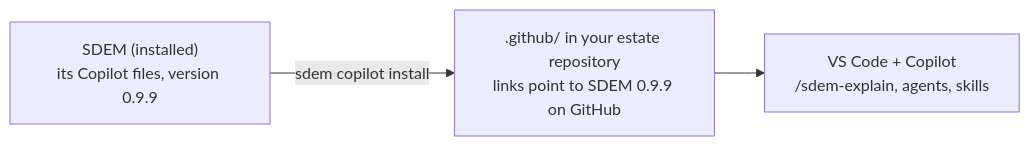
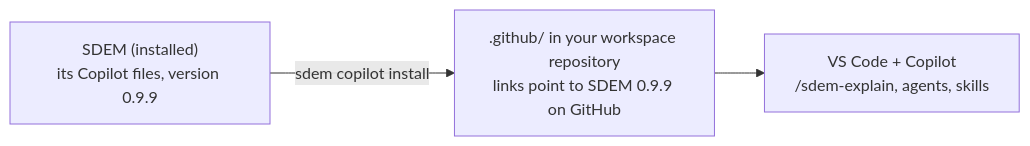
Before and after one commit to taumoeps/bian-sdem-framework: the diagram in docs/design/sdem-copilot-install-design.md, drawn with Mermaid. The commit also changed other lines of this file and 155 other files, not shown here.

````diff
--- a/docs/design/sdem-copilot-install-design.md
+++ b/docs/design/sdem-copilot-install-design.md
@@ -18,5 +18,5 @@
 ```mermaid
 flowchart LR
-    S["SDEM (installed)<br/>its Copilot files, version 0.9.9"] -- "sdem copilot install" --> E[".github/ in your estate repository<br/>links point to SDEM 0.9.9 on GitHub"]
+    S["SDEM (installed)<br/>its Copilot files, version 0.9.9"] -- "sdem copilot install" --> E[".github/ in your workspace repository<br/>links point to SDEM 0.9.9 on GitHub"]
     E --> V["VS Code + Copilot<br/>/sdem-explain, agents, skills"]
 ```
````
